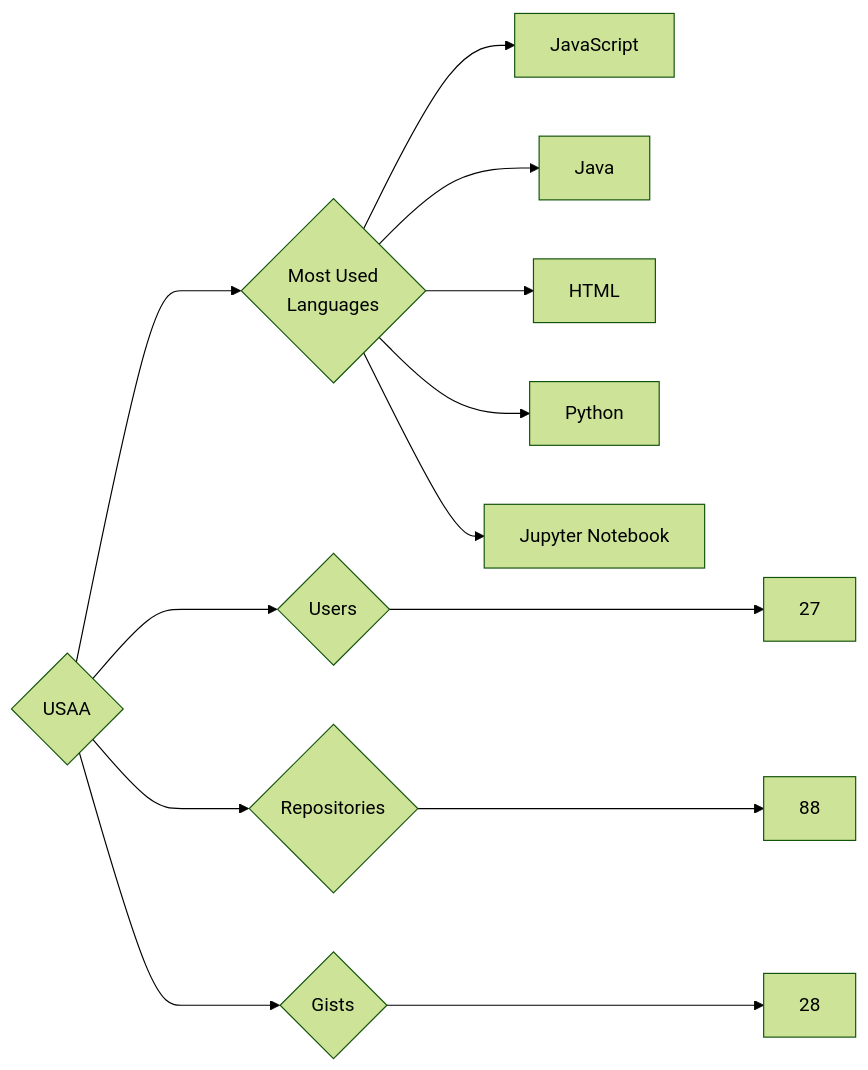
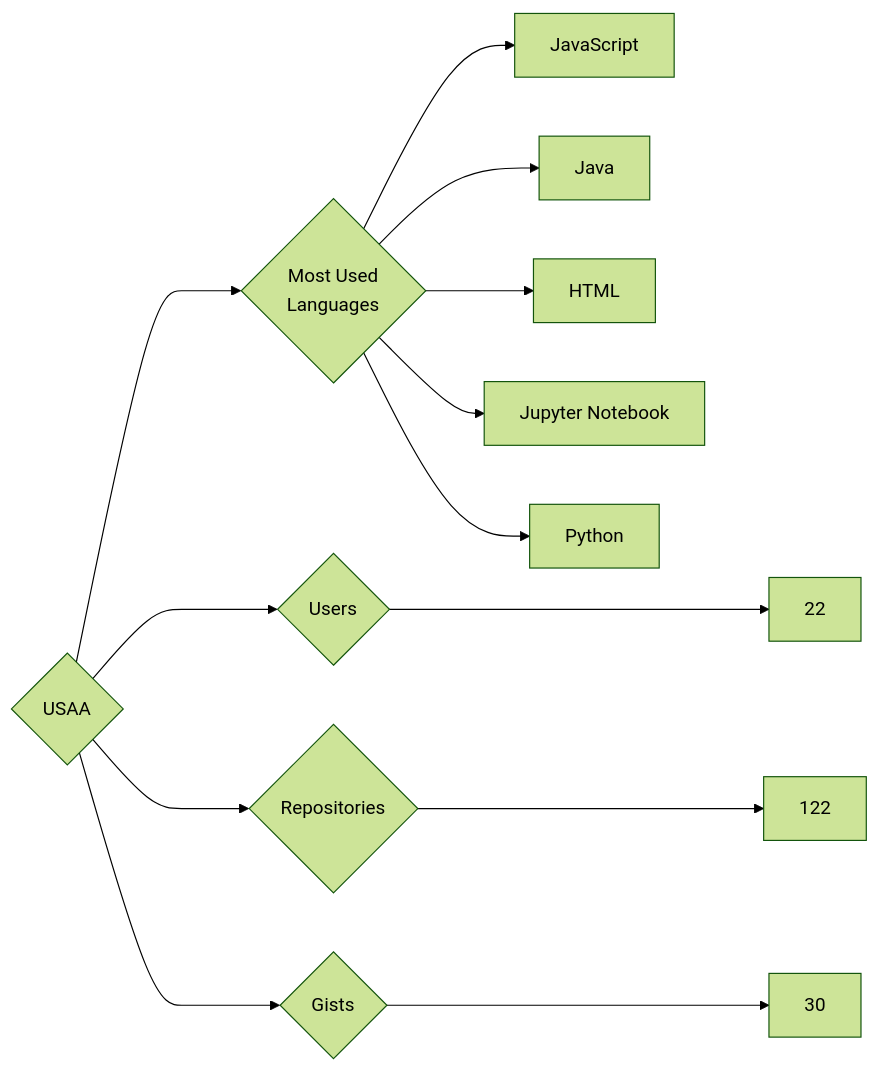
Before and after one commit to trickest/insiders: the diagram in targets/USAA/README.md, drawn with Mermaid (forest theme). The commit also changed 928 other files, not shown here.

````diff
--- a/targets/USAA/README.md
+++ b/targets/USAA/README.md
@@ -3,13 +3,13 @@
 ```mermaid
 graph LR
 COMPANY_NAME{USAA}
-COMPANY_NAME ---> U{Users} ---> UN[27]
-COMPANY_NAME ---> R{Repositories} ---> RN[88]
-COMPANY_NAME ---> G{Gists} ---> GN[28]
+COMPANY_NAME ---> U{Users} ---> UN[22]
+COMPANY_NAME ---> R{Repositories} ---> RN[122]
+COMPANY_NAME ---> G{Gists} ---> GN[30]
 COMPANY_NAME ---> ML{Most Used<br>Languages}
 ML --> JavaScript[JavaScript]
 ML --> Java[Java]
 ML --> HTML[HTML]
+ML --> Jupyter_Notebook[Jupyter Notebook]
 ML --> Python[Python]
-ML --> Jupyter_Notebook[Jupyter Notebook]
 ```
````
